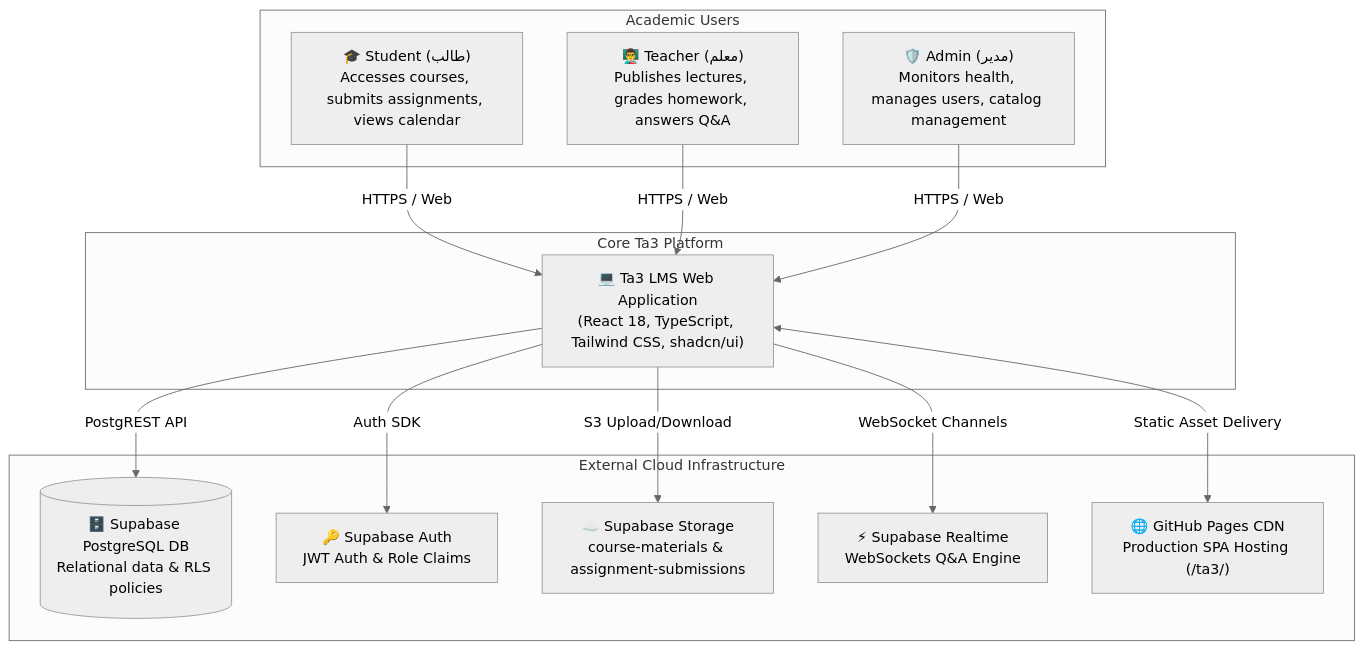
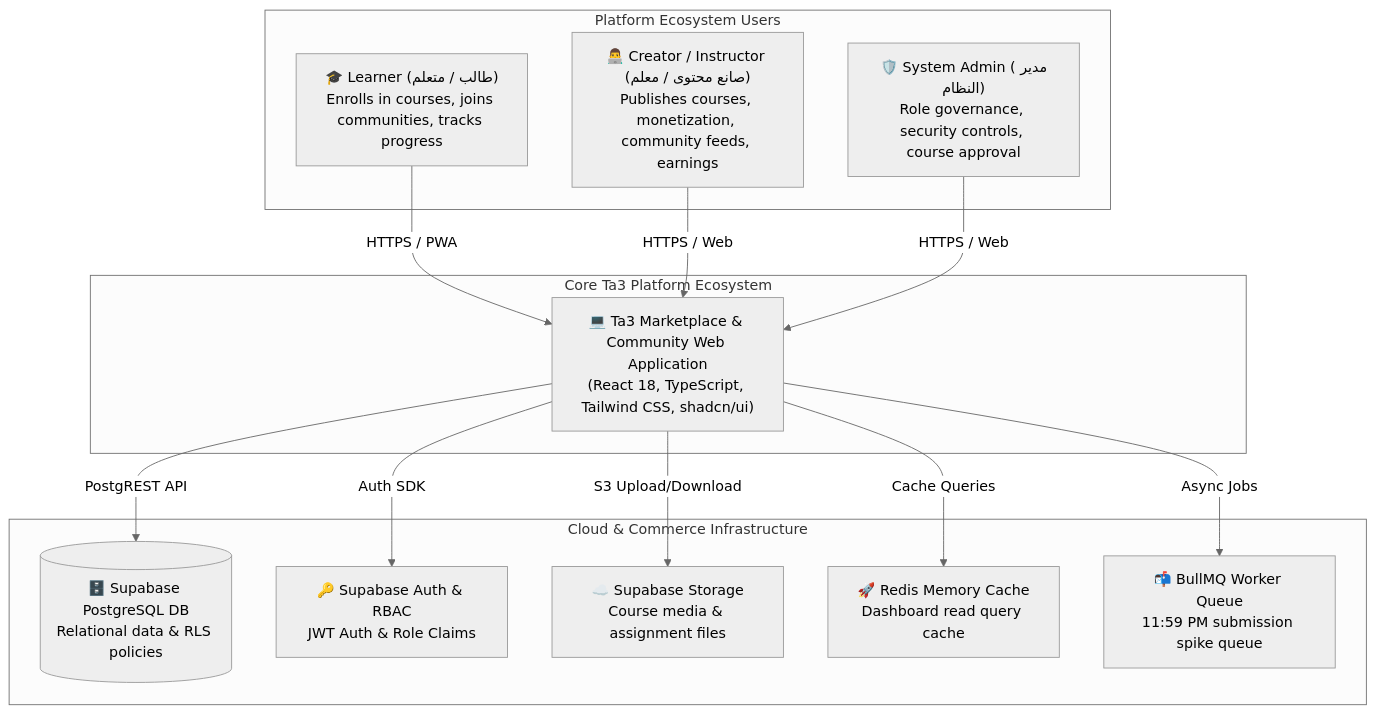
One commit to ta3allam/ta3 changed the first of 3 diagrams in arch.md. Above: the diagram before and after it, drawn with Mermaid (neutral theme). The commit also changed other lines of this file and 2 other files, not shown here.

Commit message:
docs(pivot): update 3_WEEK_ROADMAP.md, arch.md, and README.md for Ta3 v4.0 Arabic Learning Marketplace & Creator Community Platform

````diff
--- a/arch.md
+++ b/arch.md
@@ -15,30 +15,30 @@
 ```mermaid
 graph TD
-    subgraph Users [" Academic Users "]
-        Student["🎓 Student (طالب)<br/>Accesses courses, submits assignments, views calendar"]
-        Teacher["👨‍🏫 Teacher (معلم)<br/>Publishes lectures, grades homework, answers Q&A"]
-        Admin["🛡️ Admin (مدير)<br/>Monitors health, manages users, catalog management"]
+    subgraph Users [" Platform Ecosystem Users "]
+        Learner["🎓 Learner (طالب / متعلم)<br/>Enrolls in courses, joins communities, tracks progress"]
+        Creator["👨‍💻 Creator / Instructor (صانع محتوى / معلم)<br/>Publishes courses, monetization, community feeds, earnings"]
+        Admin["🛡️ System Admin (مدير النظام)<br/>Role governance, security controls, course approval"]
     end
 
-    subgraph Platform [" Core Ta3 Platform "]
-        Ta3App["💻 Ta3 LMS Web Application<br/>(React 18, TypeScript, Tailwind CSS, shadcn/ui)"]
+    subgraph Platform [" Core Ta3 Platform Ecosystem "]
+        Ta3App["💻 Ta3 Marketplace & Community Web Application<br/>(React 18, TypeScript, Tailwind CSS, shadcn/ui)"]
     end
 
-    subgraph Cloud [" External Cloud Infrastructure "]
+    subgraph Cloud [" Cloud & Commerce Infrastructure "]
         SupabaseDB[("🗄️ Supabase PostgreSQL DB<br/>Relational data & RLS policies")]
-        SupabaseAuth["🔑 Supabase Auth<br/>JWT Auth & Role Claims"]
-        SupabaseStorage["☁️ Supabase Storage<br/>course-materials & assignment-submissions"]
-        SupabaseRealtime["⚡ Supabase Realtime<br/>WebSockets Q&A Engine"]
-        GHPages["🌐 GitHub Pages CDN<br/>Production SPA Hosting (/ta3/)"]
+        SupabaseAuth["🔑 Supabase Auth & RBAC<br/>JWT Auth & Role Claims"]
+        SupabaseStorage["☁️ Supabase Storage<br/>Course media & assignment files"]
+        RedisCache["🚀 Redis Memory Cache<br/>Dashboard read query cache"]
+        BullMQQueue["📬 BullMQ Worker Queue<br/>11:59 PM submission spike queue"]
     end
 
-    Student -->|HTTPS / Web| Ta3App
-    Teacher -->|HTTPS / Web| Ta3App
+    Learner -->|HTTPS / PWA| Ta3App
+    Creator -->|HTTPS / Web| Ta3App
     Admin -->|HTTPS / Web| Ta3App
 
     Ta3App -->|PostgREST API| SupabaseDB
     Ta3App -->|Auth SDK| SupabaseAuth
     Ta3App -->|S3 Upload/Download| SupabaseStorage
-    Ta3App -->|WebSocket Channels| SupabaseRealtime
-    Ta3App <-->|Static Asset Delivery| GHPages
+    Ta3App -->|Cache Queries| RedisCache
+    Ta3App -->|Async Jobs| BullMQQueue
 ```
````
